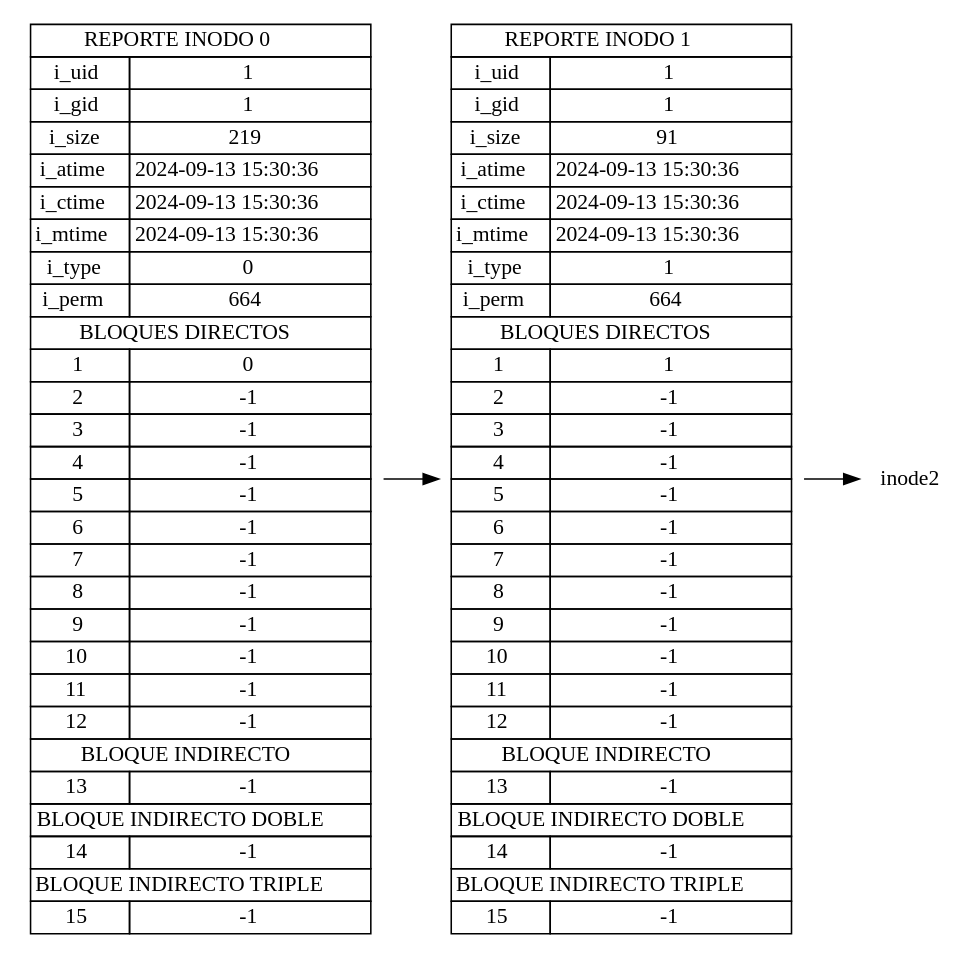
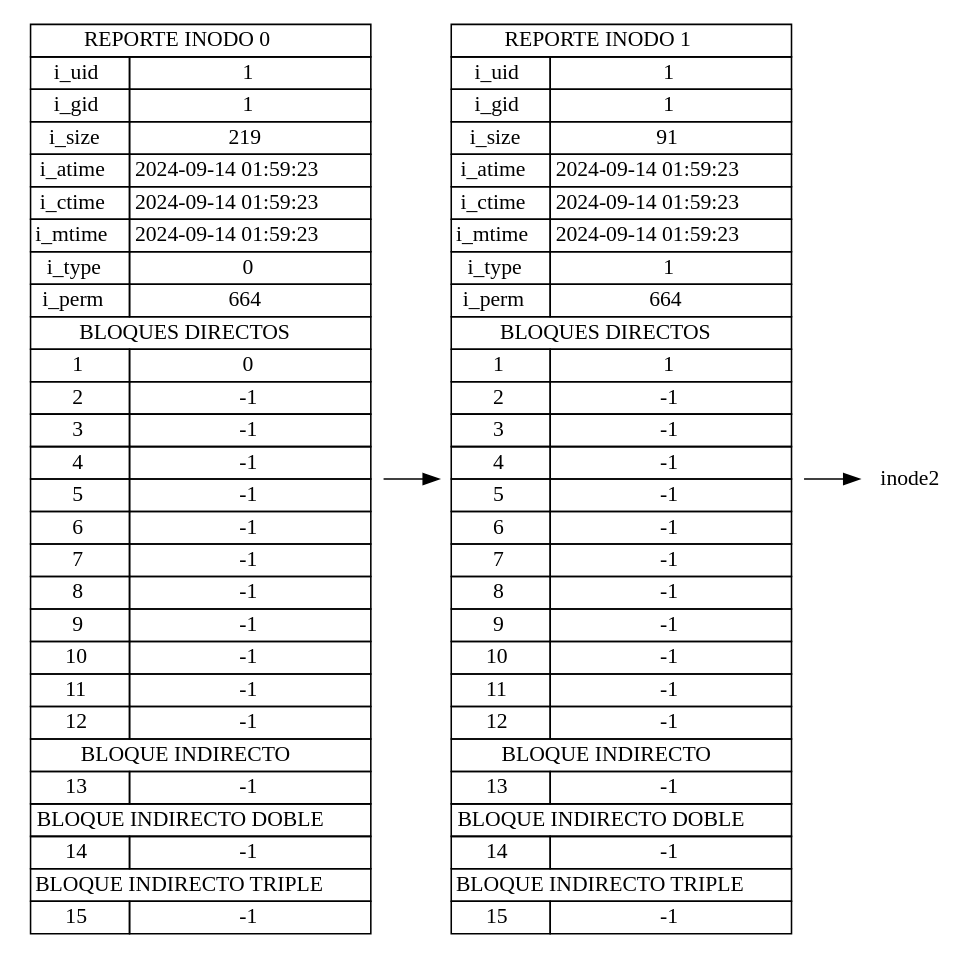
The diagram in output/reporteINODE.pdf.dot (Josue013/MIA_2S_P1_202202481), drawn with Graphviz before and after one commit. The commit also changed 15 other files, not shown here.

```diff
--- a/output/reporteINODE.pdf.dot
+++ b/output/reporteINODE.pdf.dot
@@ -1,46 +1,46 @@
 digraph G {
 			rankdir=LR;
 			node [shape=plaintext]
 	inode0 [label=<
 					<table border="0" cellborder="1" cellspacing="0">
 							<tr><td colspan="2"> REPORTE INODO 0 </td></tr>
 							<tr><td>i_uid</td><td>1</td></tr>
 							<tr><td>i_gid</td><td>1</td></tr>
 							<tr><td>i_size</td><td>219</td></tr>
-							<tr><td>i_atime</td><td>2024-09-13 15:30:36</td></tr>
-							<tr><td>i_ctime</td><td>2024-09-13 15:30:36</td></tr>
-							<tr><td>i_mtime</td><td>2024-09-13 15:30:36</td></tr>
+							<tr><td>i_atime</td><td>2024-09-14 01:59:23</td></tr>
+							<tr><td>i_ctime</td><td>2024-09-14 01:59:23</td></tr>
+							<tr><td>i_mtime</td><td>2024-09-14 01:59:23</td></tr>
 							<tr><td>i_type</td><td>0</td></tr>
 							<tr><td>i_perm</td><td>664</td></tr>
 							<tr><td colspan="2">BLOQUES DIRECTOS</td></tr>
 					<tr><td>1</td><td>0</td></tr><tr><td>2</td><td>-1</td></tr><tr><td>3</td><td>-1</td></tr><tr><td>4</td><td>-1</td></tr><tr><td>5</td><td>-1</td></tr><tr><td>6</td><td>-1</td></tr><tr><td>7</td><td>-1</td></tr><tr><td>8</td><td>-1</td></tr><tr><td>9</td><td>-1</td></tr><tr><td>10</td><td>-1</td></tr><tr><td>11</td><td>-1</td></tr><tr><td>12</td><td>-1</td></tr>
 							<tr><td colspan="2">BLOQUE INDIRECTO</td></tr>
 							<tr><td>13</td><td>-1</td></tr>
 							<tr><td colspan="2">BLOQUE INDIRECTO DOBLE</td></tr>
 							<tr><td>14</td><td>-1</td></tr>
 							<tr><td colspan="2">BLOQUE INDIRECTO TRIPLE</td></tr>
 							<tr><td>15</td><td>-1</td></tr>
 					</table>>];
 			inode0 -> inode1;
 inode1 [label=<
 					<table border="0" cellborder="1" cellspacing="0">
 							<tr><td colspan="2"> REPORTE INODO 1 </td></tr>
 							<tr><td>i_uid</td><td>1</td></tr>
 							<tr><td>i_gid</td><td>1</td></tr>
 							<tr><td>i_size</td><td>91</td></tr>
-							<tr><td>i_atime</td><td>2024-09-13 15:30:36</td></tr>
-							<tr><td>i_ctime</td><td>2024-09-13 15:30:36</td></tr>
-							<tr><td>i_mtime</td><td>2024-09-13 15:30:36</td></tr>
+							<tr><td>i_atime</td><td>2024-09-14 01:59:23</td></tr>
+							<tr><td>i_ctime</td><td>2024-09-14 01:59:23</td></tr>
+							<tr><td>i_mtime</td><td>2024-09-14 01:59:23</td></tr>
 							<tr><td>i_type</td><td>1</td></tr>
 							<tr><td>i_perm</td><td>664</td></tr>
 							<tr><td colspan="2">BLOQUES DIRECTOS</td></tr>
 					<tr><td>1</td><td>1</td></tr><tr><td>2</td><td>-1</td></tr><tr><td>3</td><td>-1</td></tr><tr><td>4</td><td>-1</td></tr><tr><td>5</td><td>-1</td></tr><tr><td>6</td><td>-1</td></tr><tr><td>7</td><td>-1</td></tr><tr><td>8</td><td>-1</td></tr><tr><td>9</td><td>-1</td></tr><tr><td>10</td><td>-1</td></tr><tr><td>11</td><td>-1</td></tr><tr><td>12</td><td>-1</td></tr>
 							<tr><td colspan="2">BLOQUE INDIRECTO</td></tr>
 							<tr><td>13</td><td>-1</td></tr>
 							<tr><td colspan="2">BLOQUE INDIRECTO DOBLE</td></tr>
 							<tr><td>14</td><td>-1</td></tr>
 							<tr><td colspan="2">BLOQUE INDIRECTO TRIPLE</td></tr>
 							<tr><td>15</td><td>-1</td></tr>
 					</table>>];
 			inode1 -> inode2;
 }
```
